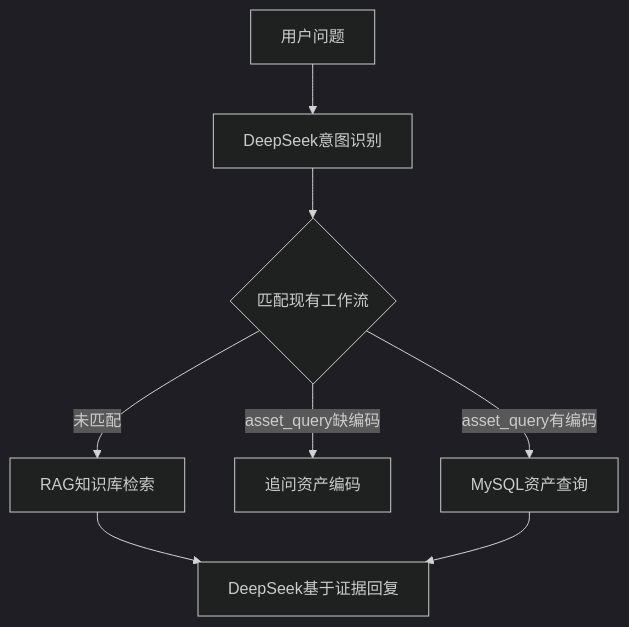
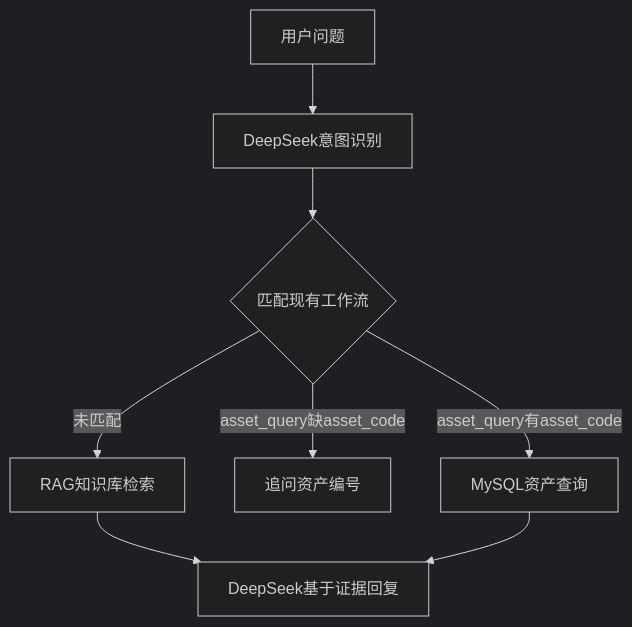
Before and after one commit to xiangge-zx/financial_customer_service: the diagram in README.md, drawn with Mermaid (dark theme). The commit also changed other lines of this file and 6 other files, not shown here.

````diff
--- a/README.md
+++ b/README.md
@@ -64,10 +64,10 @@
 ```mermaid
 flowchart TD
     userInput[用户问题] --> understand[DeepSeek意图识别]
     understand --> route{匹配现有工作流}
-    route -->|asset_query有编码| assetQuery[MySQL资产查询]
-    route -->|asset_query缺编码| clarify[追问资产编码]
+    route -->|asset_query有asset_code| assetQuery[MySQL资产查询]
+    route -->|asset_query缺asset_code| clarify[追问资产编号]
     route -->|未匹配| retrieve[RAG知识库检索]
     retrieve --> respond[DeepSeek基于证据回复]
     assetQuery --> respond
 ```
````
